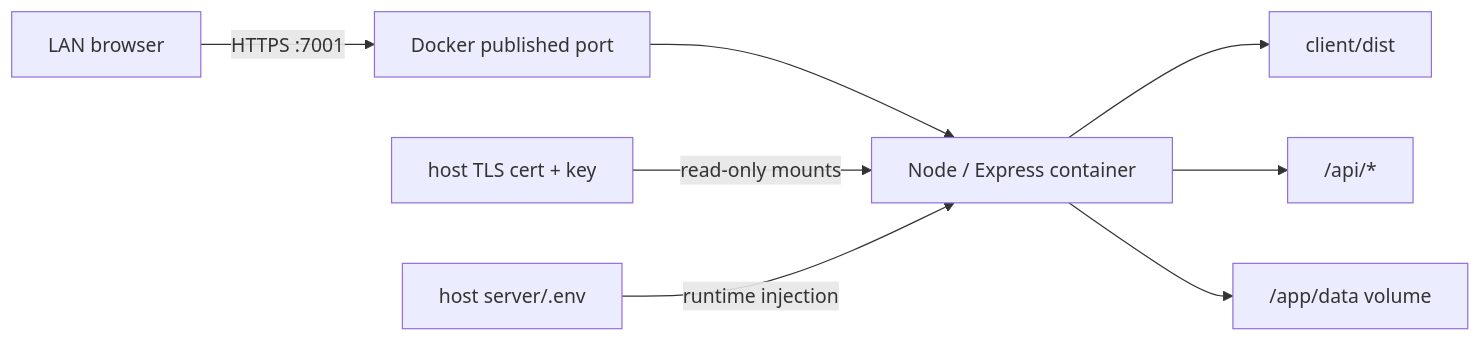
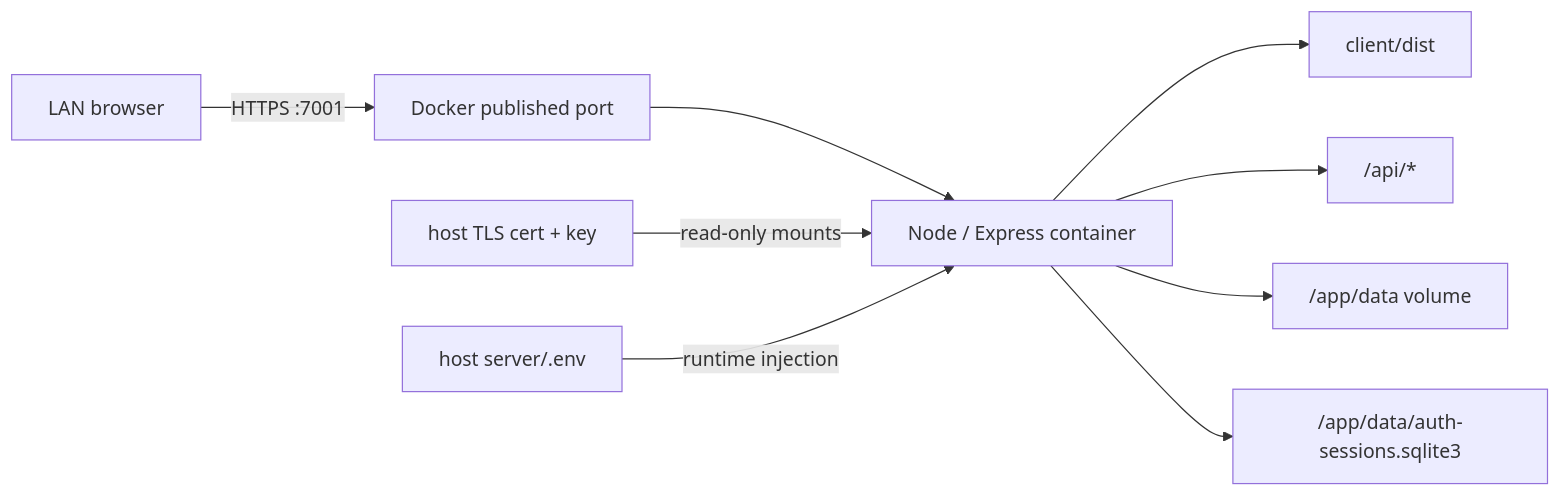
The third of 9 diagrams in docs/architecture.md (imingsmings/chatbot-dev), drawn with Mermaid before and after one commit. The commit also changed other lines of this file and 69 other files, not shown here.

````diff
--- a/docs/architecture.md
+++ b/docs/architecture.md
@@ -133,10 +150,11 @@
 ```mermaid
 flowchart LR
   LAN["LAN browser"] -->|"HTTPS :7001"| Port["Docker published port"]
   Port --> Node["Node / Express container"]
   Node --> Dist["client/dist"]
   Node --> API["/api/*"]
   Node --> Data["/app/data volume"]
+  Node --> AuthDB["/app/data/auth-sessions.sqlite3"]
   Cert["host TLS cert + key"] -->|"read-only mounts"| Node
   Env["host server/.env"] -->|"runtime injection"| Node
 ```
````
